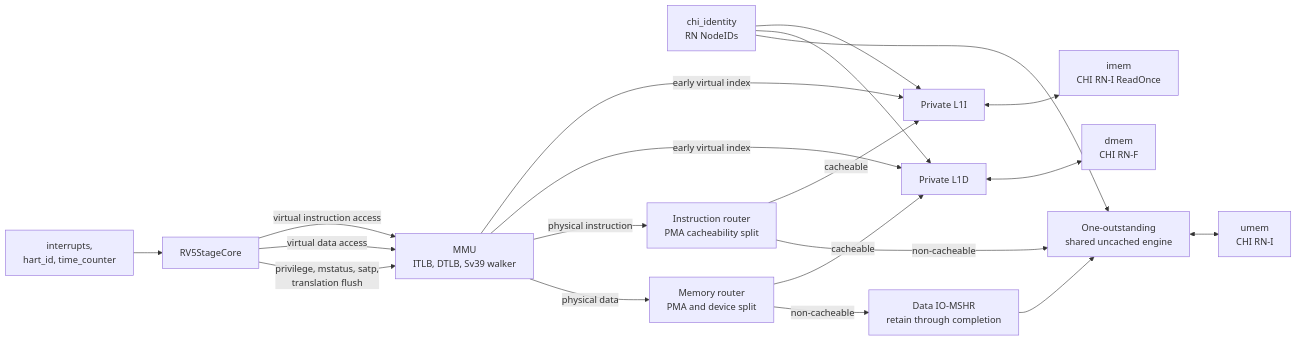
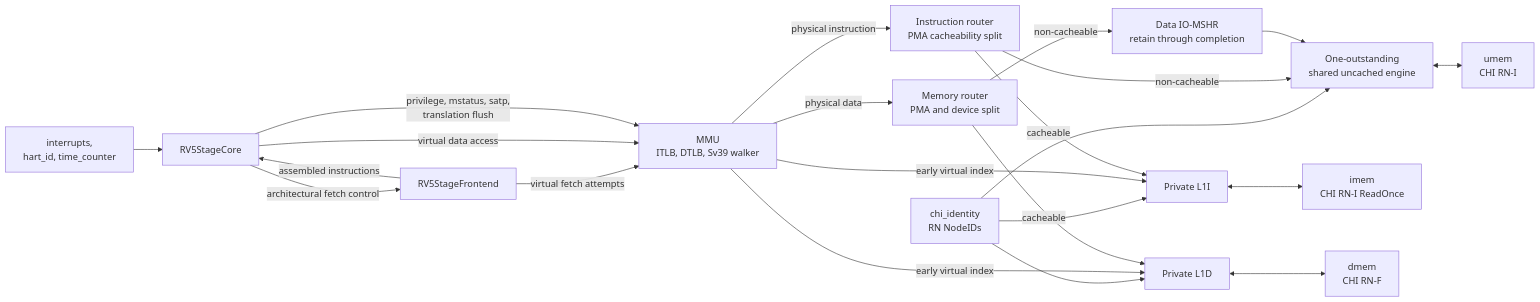
One commit to jerryz123/rhodium changed the second of 2 diagrams in cores/rv5stage/README.md. Above: the diagram before and after it, drawn with Mermaid. The commit also changed other lines of this file and 68 other files, not shown here.

````diff
--- a/cores/rv5stage/README.md
+++ b/cores/rv5stage/README.md
@@ -552,26 +552,28 @@
 ```mermaid
 flowchart LR
     PLATFORM["interrupts,<br/>hart_id, time_counter"] --> CORE["RV5StageCore"]
     IDENTITY["chi_identity<br/>RN NodeIDs"] --> L1I
     IDENTITY --> L1D
     IDENTITY --> UNCACHED
 
-    CORE -->|"virtual instruction access"| MMU["MMU<br/>ITLB, DTLB, Sv39 walker"]
+    CORE -->|"architectural fetch control"| FRONTEND["RV5StageFrontend"]
+    FRONTEND -->|"assembled instructions"| CORE
+    FRONTEND -->|"virtual fetch attempts"| MMU["MMU<br/>ITLB, DTLB, Sv39 walker"]
     CORE -->|"virtual data access"| MMU
     CORE -->|"privilege, mstatus, satp,<br/>translation flush"| MMU
     MMU -->|"early virtual index"| L1I
     MMU -->|"early virtual index"| L1D
 
     MMU -->|"physical instruction"| IROUTER["Instruction router<br/>PMA cacheability split"]
     IROUTER -->|"cacheable"| L1I["Private L1I"]
     IROUTER -->|"non-cacheable"| UNCACHED["One-outstanding<br/>shared uncached engine"]
     MMU -->|"physical data"| ROUTER["Memory router<br/>PMA and device split"]
     ROUTER -->|"cacheable"| L1D["Private L1D"]
     ROUTER -->|"non-cacheable"| IOMSHR["Data IO-MSHR<br/>retain through completion"]
     IOMSHR --> UNCACHED
 
     L1I <--> IMEM["imem<br/>CHI RN-I ReadOnce"]
     L1D <--> DMEM["dmem<br/>CHI RN-F"]
     UNCACHED <--> UMEM["umem<br/>CHI RN-I"]
 
 ```
````
